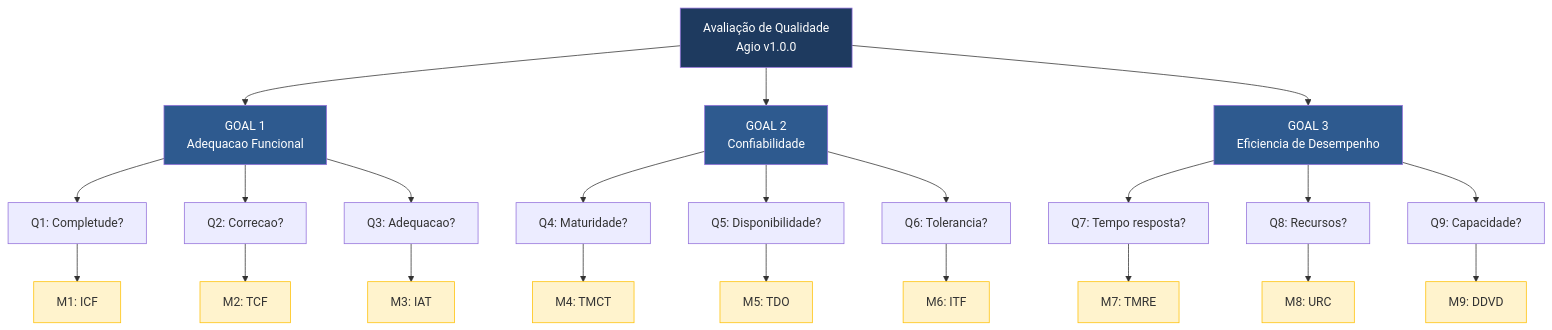
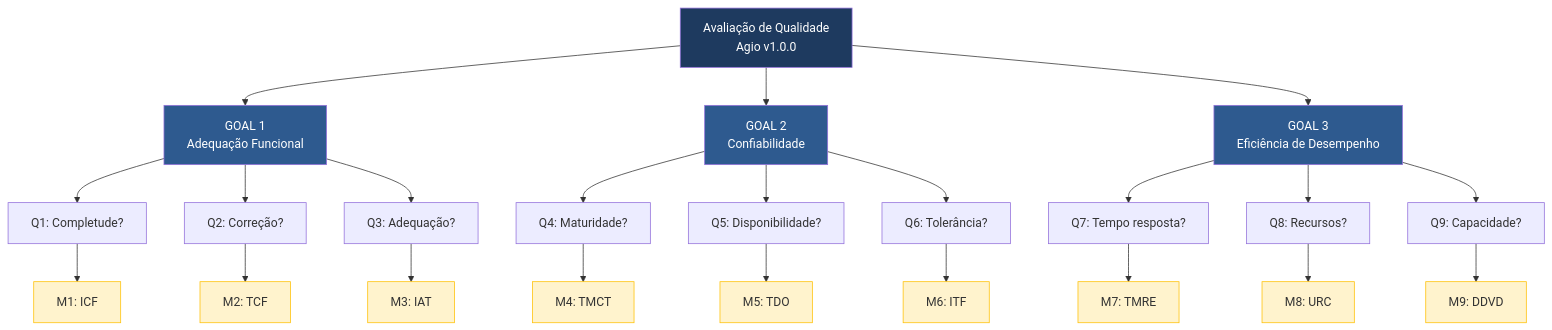
The diagram in docs/fase2/resumo_metricas.md (FCTE-Qualidade-de-Software-1/2026-1_T01_FRANS_BILAS), drawn with Mermaid before and after one commit. The commit also changed 9 other files, not shown here.

````diff
--- a/docs/fase2/resumo_metricas.md
+++ b/docs/fase2/resumo_metricas.md
@@ -23,43 +23,43 @@
 ```mermaid
 graph TD
     AGIO["Avaliação de Qualidade<br>Agio v1.0.0"]
 
-    AGIO --> G1["GOAL 1<br>Adequacao Funcional"]
+    AGIO --> G1["GOAL 1<br>Adequação Funcional"]
     AGIO --> G2["GOAL 2<br>Confiabilidade"]
-    AGIO --> G3["GOAL 3<br>Eficiencia de Desempenho"]
+    AGIO --> G3["GOAL 3<br>Eficiência de Desempenho"]
 
     G1 --> Q1["Q1: Completude?"]
-    G1 --> Q2["Q2: Correcao?"]
-    G1 --> Q3["Q3: Adequacao?"]
+    G1 --> Q2["Q2: Correção?"]
+    G1 --> Q3["Q3: Adequação?"]
     Q1 --> M1["M1: ICF"]
     Q2 --> M2["M2: TCF"]
     Q3 --> M3["M3: IAT"]
 
     G2 --> Q4["Q4: Maturidade?"]
     G2 --> Q5["Q5: Disponibilidade?"]
-    G2 --> Q6["Q6: Tolerancia?"]
+    G2 --> Q6["Q6: Tolerância?"]
     Q4 --> M4["M4: TMCT"]
     Q5 --> M5["M5: TDO"]
     Q6 --> M6["M6: ITF"]
 
     G3 --> Q7["Q7: Tempo resposta?"]
     G3 --> Q8["Q8: Recursos?"]
     G3 --> Q9["Q9: Capacidade?"]
     Q7 --> M7["M7: TMRE"]
     Q8 --> M8["M8: URC"]
     Q9 --> M9["M9: DDVD"]
 
     style AGIO fill:#1E3A5F,color:#fff
     style G1 fill:#2E5A8F,color:#fff
     style G2 fill:#2E5A8F,color:#fff
     style G3 fill:#2E5A8F,color:#fff
     style M1 fill:#fff3cd,stroke:#ffc107
     style M2 fill:#fff3cd,stroke:#ffc107
     style M3 fill:#fff3cd,stroke:#ffc107
     style M4 fill:#fff3cd,stroke:#ffc107
     style M5 fill:#fff3cd,stroke:#ffc107
     style M6 fill:#fff3cd,stroke:#ffc107
     style M7 fill:#fff3cd,stroke:#ffc107
     style M8 fill:#fff3cd,stroke:#ffc107
     style M9 fill:#fff3cd,stroke:#ffc107
 ```
````
